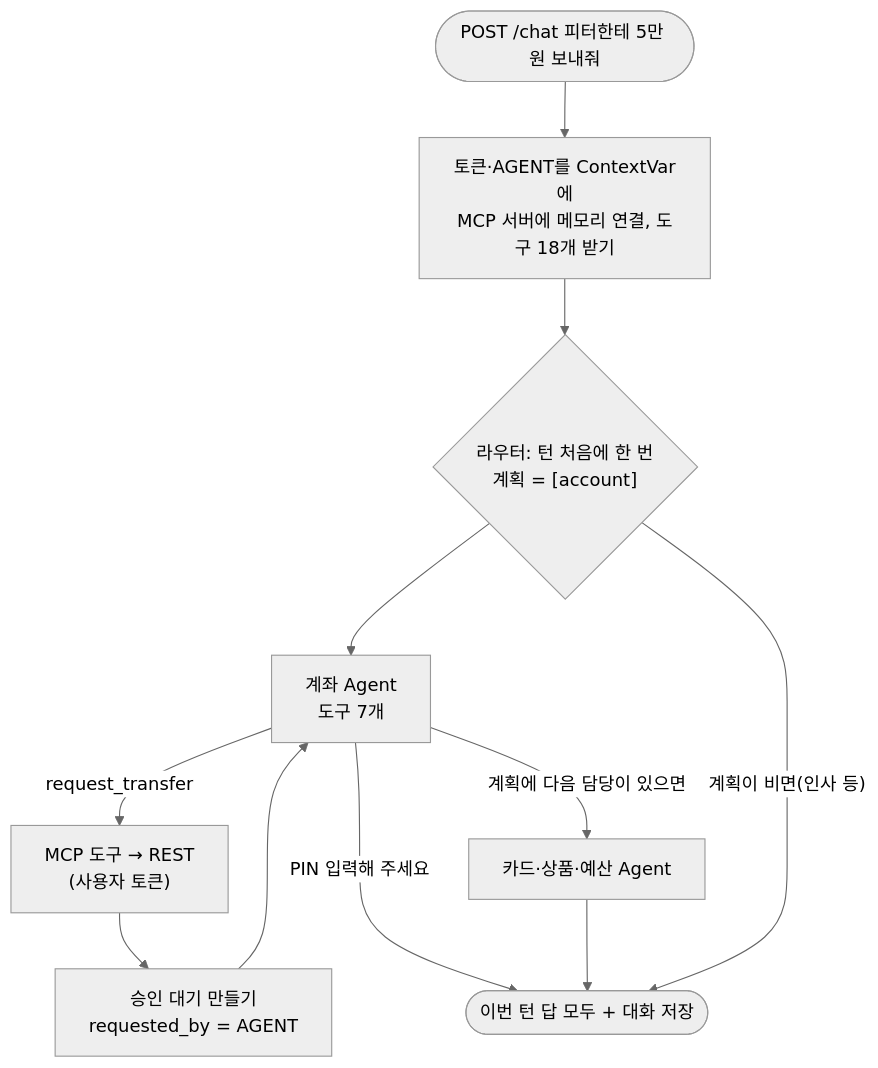
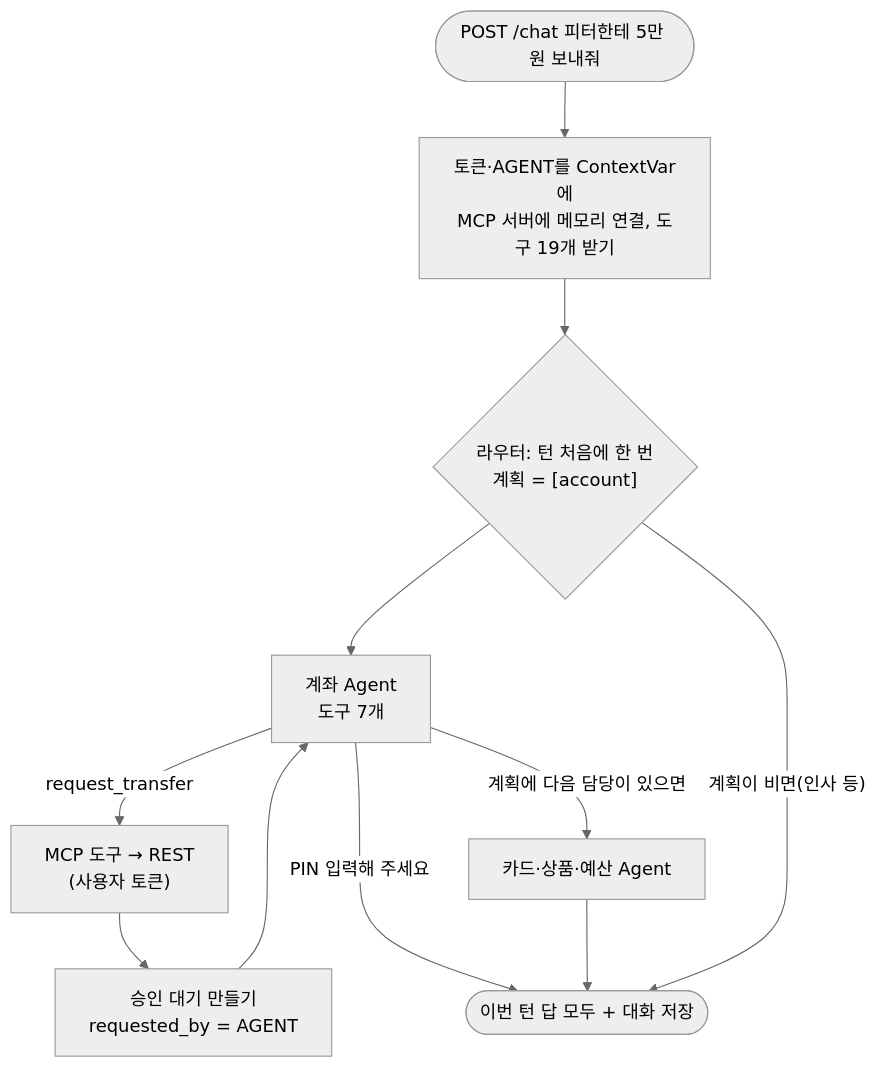
One commit to noviz-domino/avengers-bank-noviz changed the diagram in docs/guides/12-agent.md. Above: the diagram before and after it, drawn with Mermaid (neutral theme). The commit also changed other lines of this file and 30 other files, not shown here.

````diff
--- a/docs/guides/12-agent.md
+++ b/docs/guides/12-agent.md
@@ -22,13 +22,13 @@
 ```mermaid
 flowchart TD
-    U([POST /chat 피터한테 5만 원 보내줘]) --> T["토큰·AGENT를 ContextVar에<br/>MCP 서버에 메모리 연결, 도구 18개 받기"]
+    U([POST /chat 피터한테 5만 원 보내줘]) --> T["토큰·AGENT를 ContextVar에<br/>MCP 서버에 메모리 연결, 도구 19개 받기"]
     T --> S{"라우터: 턴 처음에 한 번<br/>계획 = [account]"}
     S --> A["계좌 Agent<br/>도구 7개"]
     A -- "request_transfer" --> M["MCP 도구 → REST<br/>(사용자 토큰)"]
     M --> P["승인 대기 만들기<br/>requested_by = AGENT"]
     P --> A
     A -- "계획에 다음 담당이 있으면" --> C["카드·상품·예산 Agent"]
     A -- "PIN 입력해 주세요" --> R([이번 턴 답 모두 + 대화 저장])
     C --> R
     S -- "계획이 비면(인사 등)" --> R
 ```
````
